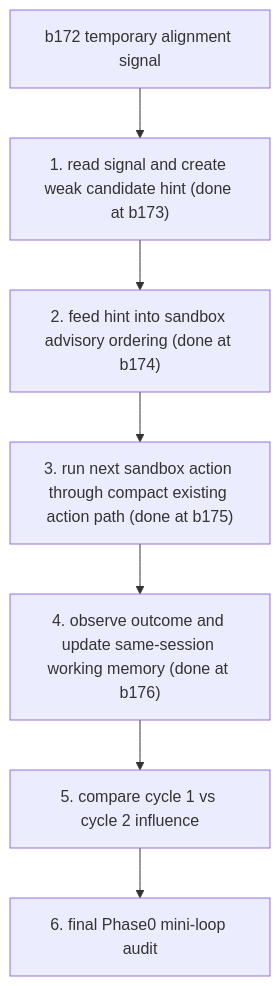
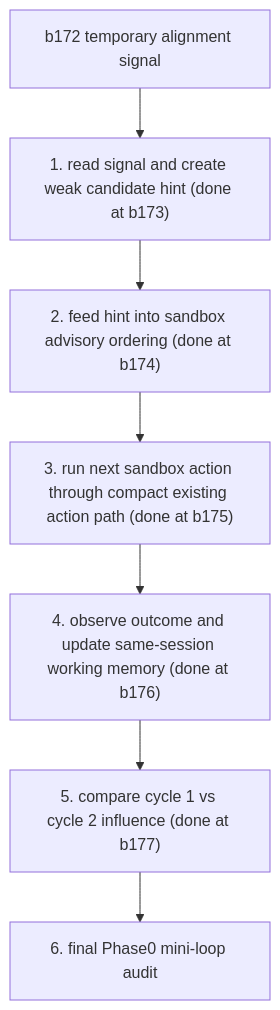
The diagram in docs/phase0_minimal_learning_action_memory_loop_plan.md (DeifiedXE/ashl_core_lab_v0), drawn with Mermaid before and after one commit. The commit also changed other lines of this file and 11 other files, not shown here.

Commit message:
Add thought memory action two-cycle influence check

````diff
--- a/docs/phase0_minimal_learning_action_memory_loop_plan.md
+++ b/docs/phase0_minimal_learning_action_memory_loop_plan.md
@@ -121,9 +126,9 @@
 ```mermaid
 flowchart TD
     A["b172 temporary alignment signal"] --> B["1. read signal and create weak candidate hint (done at b173)"]
     B --> C["2. feed hint into sandbox advisory ordering (done at b174)"]
     C --> D["3. run next sandbox action through compact existing action path (done at b175)"]
     D --> E["4. observe outcome and update same-session working memory (done at b176)"]
-    E --> F["5. compare cycle 1 vs cycle 2 influence"]
+    E --> F["5. compare cycle 1 vs cycle 2 influence (done at b177)"]
     F --> G["6. final Phase0 mini-loop audit"]
 ```
````
